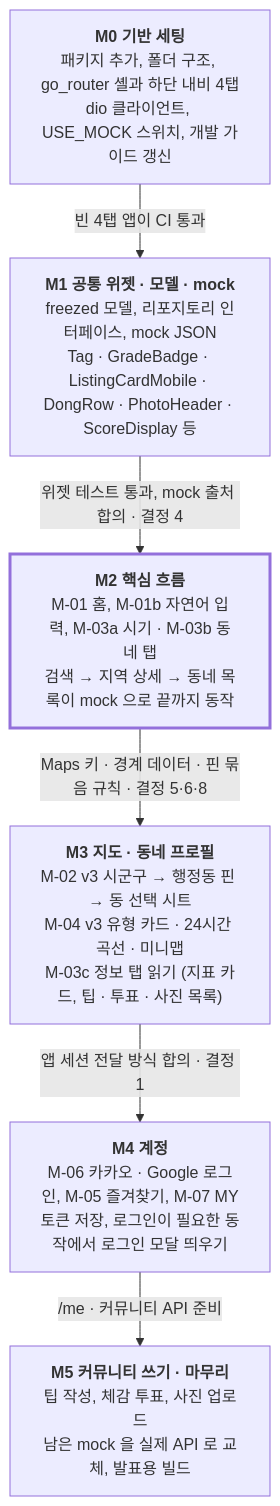
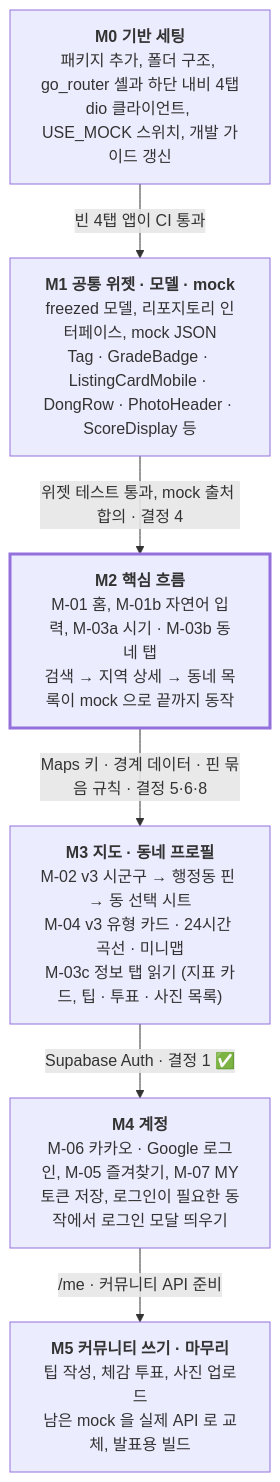
One commit to AKGACHUGGI/workation-mobile changed the diagram in docs/plans/2026-11-08-모바일-구현-plan.md. Above: the diagram before and after it, drawn with Mermaid. The commit also changed other lines of this file and 21 other files, not shown here.

First line of the commit message:
feat: M-06 로그인을 Supabase Auth 로 연결 (#23)

````diff
--- a/docs/plans/2026-11-08-모바일-구현-plan.md
+++ b/docs/plans/2026-11-08-모바일-구현-plan.md
@@ -179,15 +179,15 @@
 ```mermaid
 flowchart TD
   M0["<b>M0 기반 세팅</b><br/>패키지 추가, 폴더 구조, go_router 셸과 하단 내비 4탭<br/>dio 클라이언트, USE_MOCK 스위치, 개발 가이드 갱신"]
   M1["<b>M1 공통 위젯 · 모델 · mock</b><br/>freezed 모델, 리포지토리 인터페이스, mock JSON<br/>Tag · GradeBadge · ListingCardMobile · DongRow · PhotoHeader · ScoreDisplay 등"]
   M2["<b>M2 핵심 흐름</b><br/>M-01 홈, M-01b 자연어 입력, M-03a 시기 · M-03b 동네 탭<br/>검색 → 지역 상세 → 동네 목록이 mock 으로 끝까지 동작"]
   M3["<b>M3 지도 · 동네 프로필</b><br/>M-02 v3 시군구 → 행정동 핀 → 동 선택 시트<br/>M-04 v3 유형 카드 · 24시간 곡선 · 미니맵<br/>M-03c 정보 탭 읽기 (지표 카드, 팁 · 투표 · 사진 목록)"]
   M4["<b>M4 계정</b><br/>M-06 카카오 · Google 로그인, M-05 즐겨찾기, M-07 MY<br/>토큰 저장, 로그인이 필요한 동작에서 로그인 모달 띄우기"]
   M5["<b>M5 커뮤니티 쓰기 · 마무리</b><br/>팁 작성, 체감 투표, 사진 업로드<br/>남은 mock 을 실제 API 로 교체, 발표용 빌드"]
   M0 -->|"빈 4탭 앱이 CI 통과"| M1
   M1 -->|"위젯 테스트 통과, mock 출처 합의 · 결정 4"| M2
   M2 -->|"Maps 키 · 경계 데이터 · 핀 묶음 규칙 · 결정 5·6·8"| M3
-  M3 -->|"앱 세션 전달 방식 합의 · 결정 1"| M4
+  M3 -->|"Supabase Auth · 결정 1 ✅"| M4
   M4 -->|"/me · 커뮤니티 API 준비"| M5
   style M2 stroke-width:3px
 ```
````
